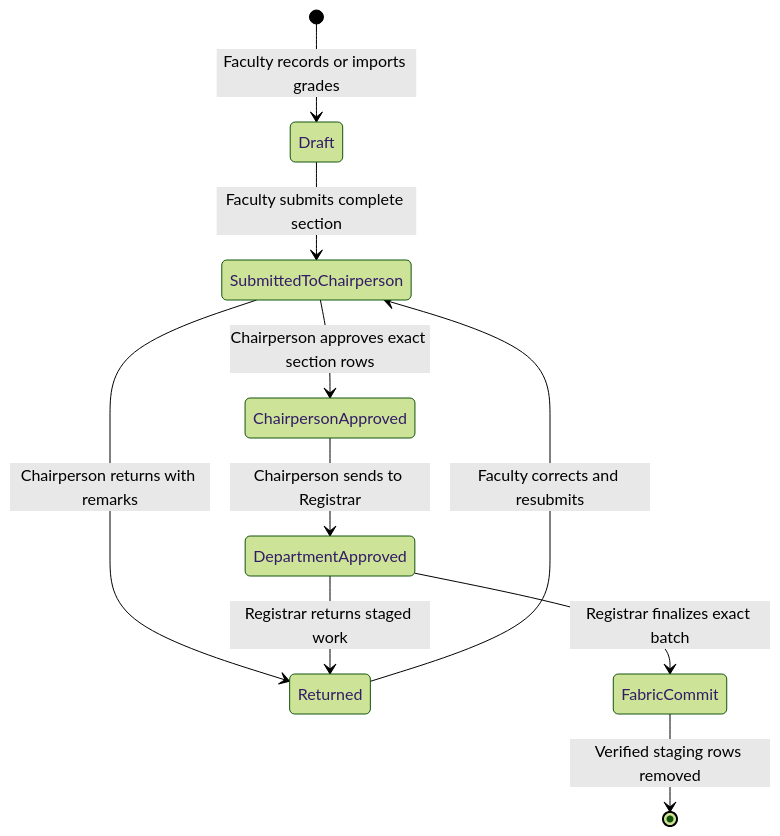
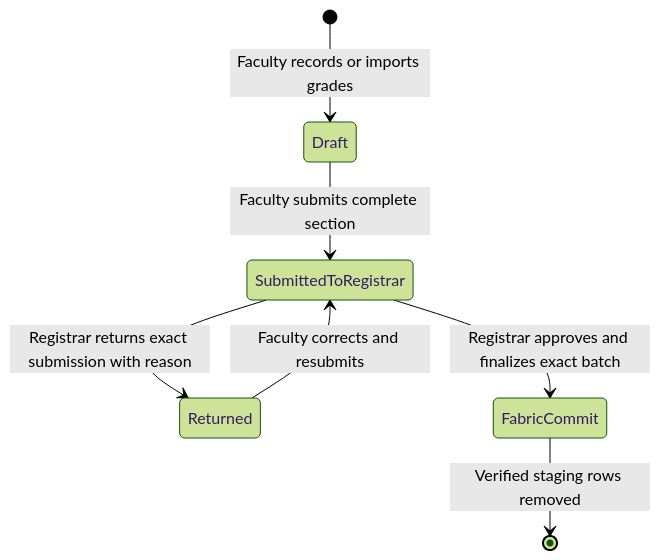
Before and after one commit to Pat-asc/PLV-BlockGO: the fifth of 12 diagrams in AGENTS.md, drawn with Mermaid (forest theme). The commit also changed other lines of this file and 38 other files, not shown here.

Commit message:
implement direct registrar workflow and faculty access controls

````diff
--- a/AGENTS.md
+++ b/AGENTS.md
@@ -193,12 +193,9 @@
 ```mermaid
 stateDiagram-v2
     [*] --> Draft: Faculty records or imports grades
-    Draft --> SubmittedToChairperson: Faculty submits complete section
-    Returned --> SubmittedToChairperson: Faculty corrects and resubmits
-    SubmittedToChairperson --> Returned: Chairperson returns with remarks
-    SubmittedToChairperson --> ChairpersonApproved: Chairperson approves exact section rows
-    ChairpersonApproved --> DepartmentApproved: Chairperson sends to Registrar
-    DepartmentApproved --> Returned: Registrar returns staged work
-    DepartmentApproved --> FabricCommit: Registrar finalizes exact batch
+    Draft --> SubmittedToRegistrar: Faculty submits complete section
+    Returned --> SubmittedToRegistrar: Faculty corrects and resubmits
+    SubmittedToRegistrar --> Returned: Registrar returns exact submission with reason
+    SubmittedToRegistrar --> FabricCommit: Registrar approves and finalizes exact batch
     FabricCommit --> [*]: Verified staging rows removed
 ```
````
